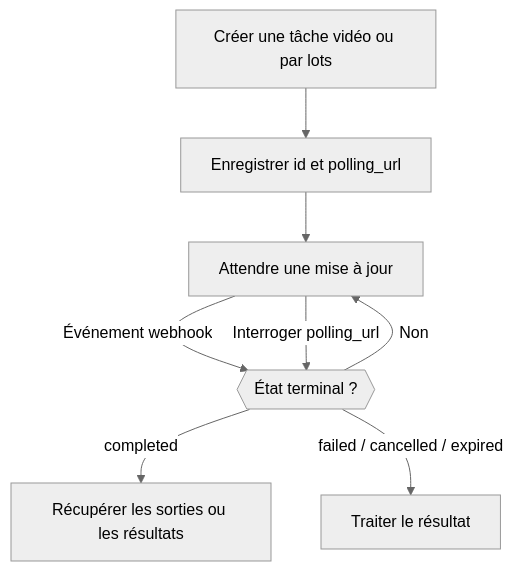
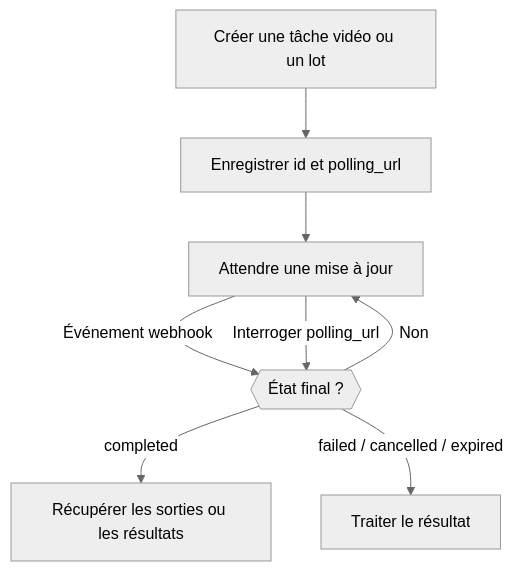
The diagram in apps/docs/fr/v1/guides/async-video-and-batch.mdx (phaseoteam/Phaseo), drawn with Mermaid (neutral theme) before and after one commit. The commit also changed other lines of this file and 3793 other files, not shown here.

````diff
--- a/apps/docs/fr/v1/guides/async-video-and-batch.mdx
+++ b/apps/docs/fr/v1/guides/async-video-and-batch.mdx
@@ -39,10 +14,10 @@
 ```mermaid
 flowchart TD
-  newJob["Créer une tâche vidéo ou par lots"] --> store["Enregistrer id et polling_url"]
+  newJob["Créer une tâche vidéo ou un lot"] --> store["Enregistrer id et polling_url"]
   store --> waiting["Attendre une mise à jour"]
-  waiting -->|"Événement webhook"| terminal{{"État terminal ?"}}
+  waiting -->|"Événement webhook"| terminal{{"État final ?"}}
   waiting -->|"Interroger polling_url"| terminal
   terminal -->|"Non"| waiting
   terminal -->|"completed"| fetchOut["Récupérer les sorties ou les résultats"]
   terminal -->|"failed / cancelled / expired"| outcome["Traiter le résultat"]
 ```
````
